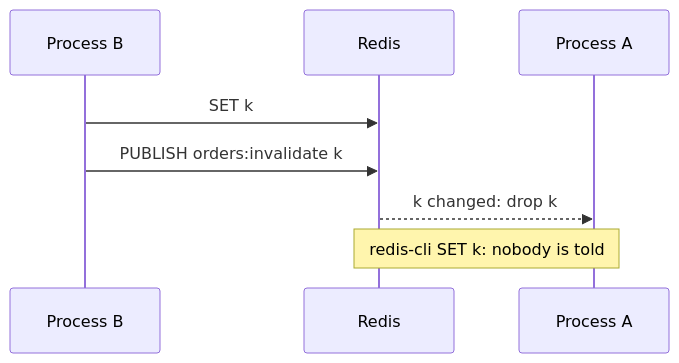
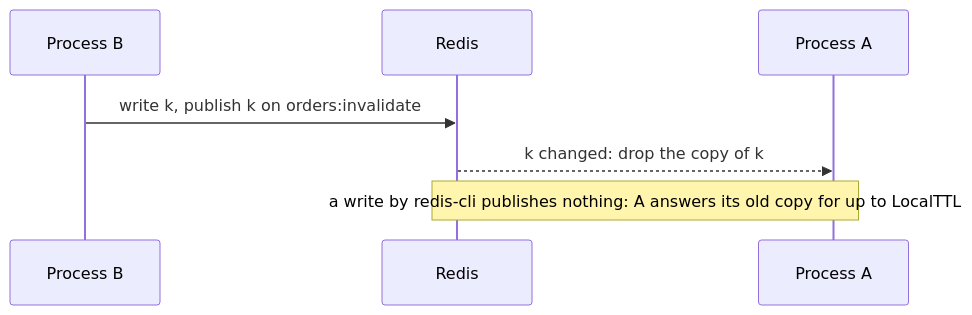
The second of 3 diagrams in docs/en/concepts/backends.md (eugeneliukindev/gashe), drawn with Mermaid before and after one commit. The commit also changed other lines of this file and 195 other files, not shown here.

````diff
--- a/docs/en/concepts/backends.md
+++ b/docs/en/concepts/backends.md
@@ -161,10 +179,9 @@
 ```mermaid
 sequenceDiagram
     participant B as Process B
     participant R as Redis
     participant A as Process A
-    B->>R: SET k
-    B->>R: PUBLISH orders:invalidate k
-    R-->>A: k changed: drop k
-    Note over R,A: redis-cli SET k: nobody is told
+    B->>R: write k, publish k on orders:invalidate
+    R-->>A: k changed: drop the copy of k
+    Note over R,A: a write by redis-cli publishes nothing: A answers its old copy for up to LocalTTL
 ```
````
